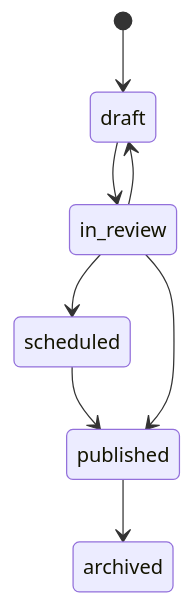
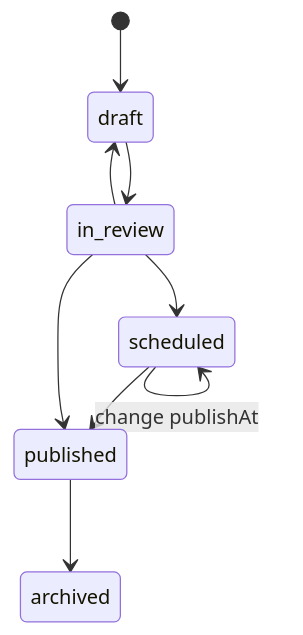
The second of 2 diagrams in docs/firebase/FIREBASE_DESIGN.md (MuneerAhamed01/Wordschool), drawn with Mermaid before and after one commit. The commit also changed other lines of this file and 75 other files, not shown here.

````diff
--- a/docs/firebase/FIREBASE_DESIGN.md
+++ b/docs/firebase/FIREBASE_DESIGN.md
@@ -214,10 +216,11 @@
 ```mermaid
 stateDiagram-v2
   [*] --> draft
   draft --> in_review
   in_review --> draft
   in_review --> scheduled
   scheduled --> published
   in_review --> published
+  scheduled --> scheduled: change publishAt
   published --> archived
 ```
````
